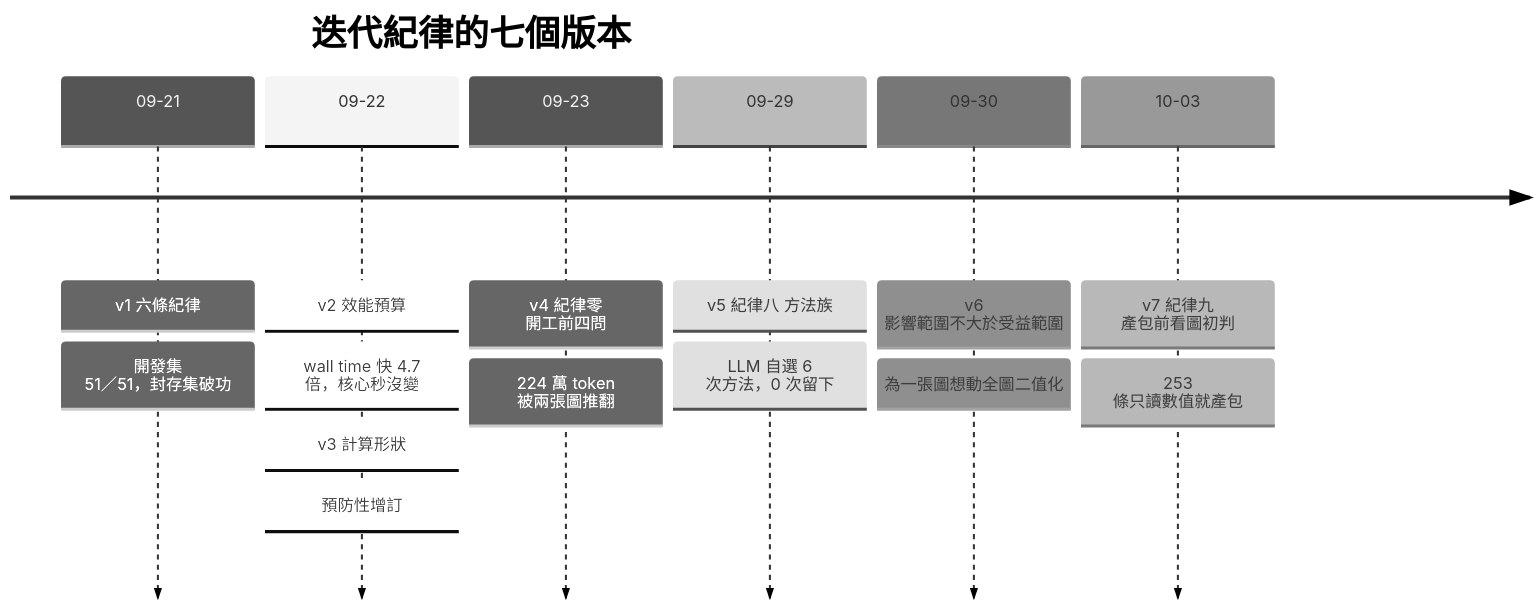
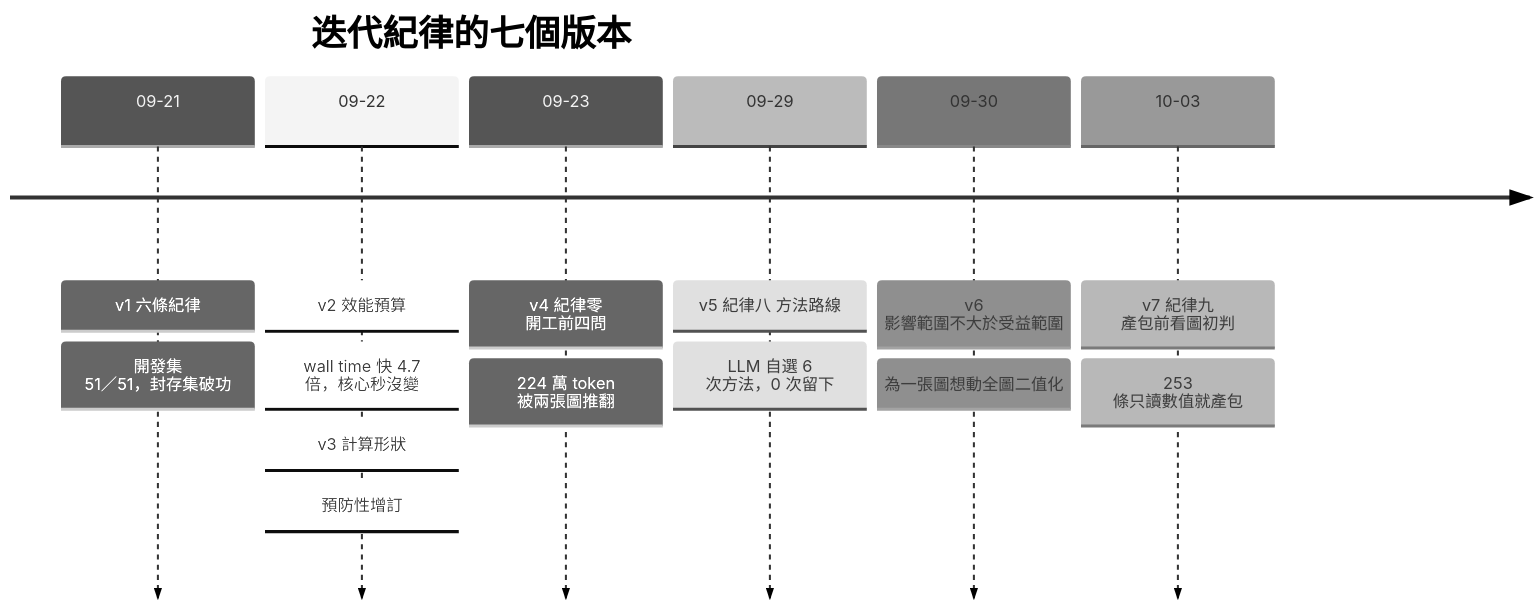
One commit to dtgfdgfgf/BIO changed the eighth of 8 diagrams in diagrams/README.md. Above: the diagram before and after it, drawn with Mermaid (neutral theme). The commit also changed 15 other files, not shown here.

First line of the commit message:
docs: 「方法族」改稱「方法路線」，補白話定義

````diff
--- a/diagrams/README.md
+++ b/diagrams/README.md
@@ -150,11 +150,11 @@
 ```mermaid
 timeline
   title 迭代紀律的七個版本
   09-21 : v1 六條紀律 : 開發集 51／51，封存集破功
   09-22 : v2 效能預算 : wall time 快 4.7 倍，核心秒沒變
         : v3 計算形狀 : 預防性增訂
   09-23 : v4 紀律零 開工前四問 : 224 萬 token 被兩張圖推翻
-  09-29 : v5 紀律八 方法族 : LLM 自選 6 次方法，0 次留下
+  09-29 : v5 紀律八 方法路線 : LLM 自選 6 次方法，0 次留下
   09-30 : v6 影響範圍不大於受益範圍 : 為一張圖想動全圖二值化
   10-03 : v7 紀律九 產包前看圖初判 : 253 條只讀數值就產包
 ```
````
